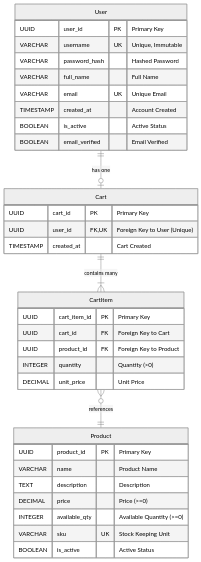
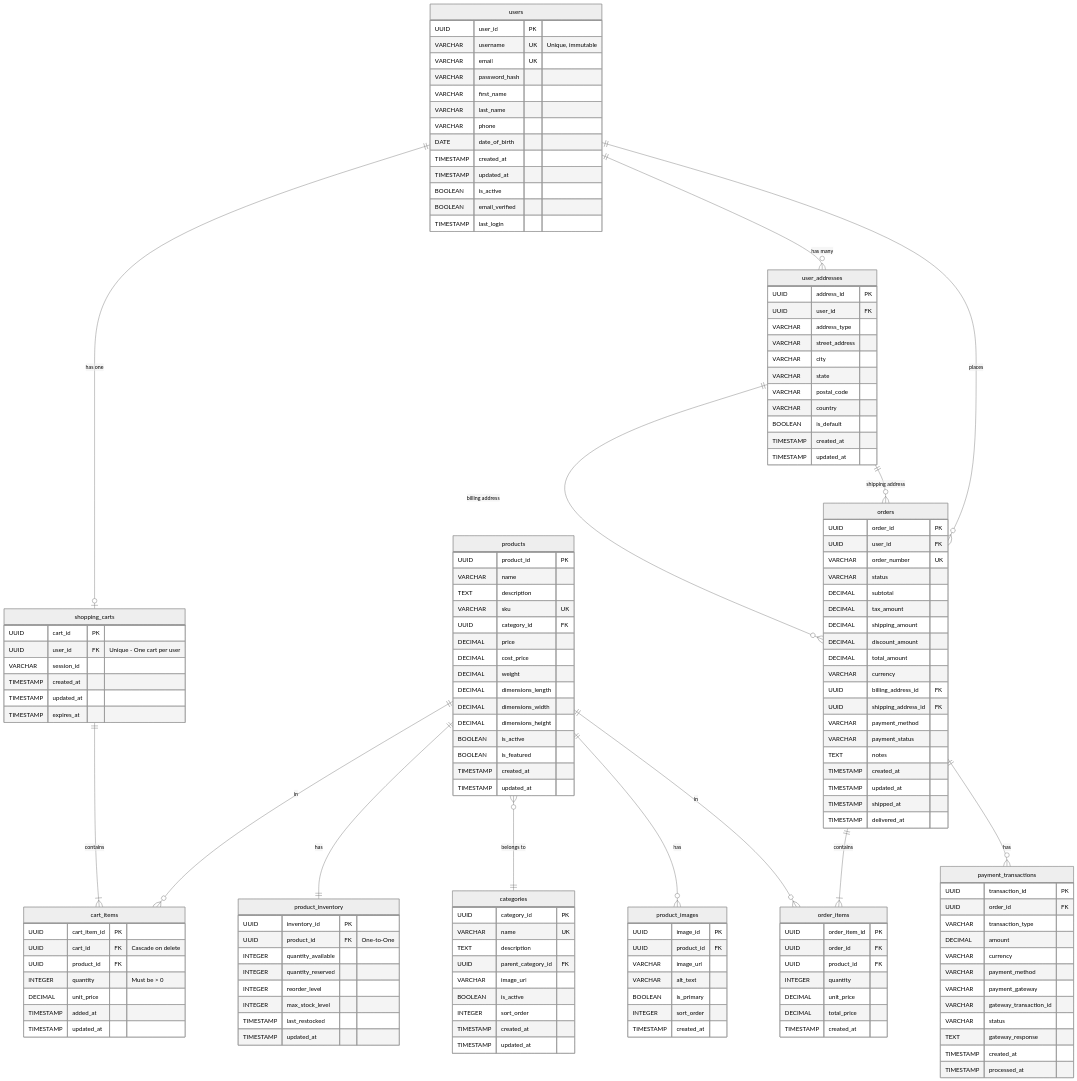
Before and after one commit to NavneetBN47/ecommerce: the diagram in docs/er_diagram.mmd, drawn with Mermaid (neutral theme). The commit also changed other lines of this file and 40 other files, not shown here.

````diff
--- a/docs/er_diagram.mmd
+++ b/docs/er_diagram.mmd
@@ -1,41 +1,163 @@
 ```mermaid
 erDiagram
-    User ||--o| Cart : "has one"
-    Cart ||--|{ CartItem : "contains many"
-    CartItem }o--|| Product : "references"
-    
-    User {
-        UUID user_id PK "Primary Key"
-        VARCHAR username UK "Unique, Immutable"
-        VARCHAR password_hash "Hashed Password"
-        VARCHAR full_name "Full Name"
-        VARCHAR email UK "Unique Email"
-        TIMESTAMP created_at "Account Created"
-        BOOLEAN is_active "Active Status"
-        BOOLEAN email_verified "Email Verified"
+    users ||--o| shopping_carts : "has one"
+    users ||--o{ user_addresses : "has many"
+    shopping_carts ||--|{ cart_items : "contains"
+    products ||--o{ cart_items : "in"
+    products ||--|| product_inventory : "has"
+    products }o--|| categories : "belongs to"
+    products ||--o{ product_images : "has"
+    users ||--o{ orders : "places"
+    orders ||--|{ order_items : "contains"
+    products ||--o{ order_items : "in"
+    orders ||--o{ payment_transactions : "has"
+    user_addresses ||--o{ orders : "billing address"
+    user_addresses ||--o{ orders : "shipping address"
+
+    users {
+        UUID user_id PK
+        VARCHAR username UK "Unique, immutable"
+        VARCHAR email UK
+        VARCHAR password_hash
+        VARCHAR first_name
+        VARCHAR last_name
+        VARCHAR phone
+        DATE date_of_birth
+        TIMESTAMP created_at
+        TIMESTAMP updated_at
+        BOOLEAN is_active
+        BOOLEAN email_verified
+        TIMESTAMP last_login
     }
-    
-    Product {
-        UUID product_id PK "Primary Key"
-        VARCHAR name "Product Name"
-        TEXT description "Description"
-        DECIMAL price "Price (>=0)"
-        INTEGER available_qty "Available Quantity (>=0)"
-        VARCHAR sku UK "Stock Keeping Unit"
-        BOOLEAN is_active "Active Status"
+
+    user_addresses {
+        UUID address_id PK
+        UUID user_id FK
+        VARCHAR address_type
+        VARCHAR street_address
+        VARCHAR city
+        VARCHAR state
+        VARCHAR postal_code
+        VARCHAR country
+        BOOLEAN is_default
+        TIMESTAMP created_at
+        TIMESTAMP updated_at
     }
-    
-    Cart {
-        UUID cart_id PK "Primary Key"
-        UUID user_id FK,UK "Foreign Key to User (Unique)"
-        TIMESTAMP created_at "Cart Created"
+
+    categories {
+        UUID category_id PK
+        VARCHAR name UK
+        TEXT description
+        UUID parent_category_id FK
+        VARCHAR image_url
+        BOOLEAN is_active
+        INTEGER sort_order
+        TIMESTAMP created_at
+        TIMESTAMP updated_at
     }
-    
-    CartItem {
-        UUID cart_item_id PK "Primary Key"
-        UUID cart_id FK "Foreign Key to Cart"
-        UUID product_id FK "Foreign Key to Product"
-        INTEGER quantity "Quantity (>0)"
-        DECIMAL unit_price "Unit Price"
+
+    products {
+        UUID product_id PK
+        VARCHAR name
+        TEXT description
+        VARCHAR sku UK
+        UUID category_id FK
+        DECIMAL price
+        DECIMAL cost_price
+        DECIMAL weight
+        DECIMAL dimensions_length
+        DECIMAL dimensions_width
+        DECIMAL dimensions_height
+        BOOLEAN is_active
+        BOOLEAN is_featured
+        TIMESTAMP created_at
+        TIMESTAMP updated_at
+    }
+
+    product_inventory {
+        UUID inventory_id PK
+        UUID product_id FK "One-to-One"
+        INTEGER quantity_available
+        INTEGER quantity_reserved
+        INTEGER reorder_level
+        INTEGER max_stock_level
+        TIMESTAMP last_restocked
+        TIMESTAMP updated_at
+    }
+
+    product_images {
+        UUID image_id PK
+        UUID product_id FK
+        VARCHAR image_url
+        VARCHAR alt_text
+        BOOLEAN is_primary
+        INTEGER sort_order
+        TIMESTAMP created_at
+    }
+
+    shopping_carts {
+        UUID cart_id PK
+        UUID user_id FK "Unique - One cart per user"
+        VARCHAR session_id
+        TIMESTAMP created_at
+        TIMESTAMP updated_at
+        TIMESTAMP expires_at
+    }
+
+    cart_items {
+        UUID cart_item_id PK
+        UUID cart_id FK "Cascade on delete"
+        UUID product_id FK
+        INTEGER quantity "Must be > 0"
+        DECIMAL unit_price
+        TIMESTAMP added_at
+        TIMESTAMP updated_at
+    }
+
+    orders {
+        UUID order_id PK
+        UUID user_id FK
+        VARCHAR order_number UK
+        VARCHAR status
+        DECIMAL subtotal
+        DECIMAL tax_amount
+        DECIMAL shipping_amount
+        DECIMAL discount_amount
+        DECIMAL total_amount
+        VARCHAR currency
+        UUID billing_address_id FK
+        UUID shipping_address_id FK
+        VARCHAR payment_method
+        VARCHAR payment_status
+        TEXT notes
+        TIMESTAMP created_at
+        TIMESTAMP updated_at
+        TIMESTAMP shipped_at
+        TIMESTAMP delivered_at
+    }
+
+    order_items {
+        UUID order_item_id PK
+        UUID order_id FK
+        UUID product_id FK
+        INTEGER quantity
+        DECIMAL unit_price
+        DECIMAL total_price
+        TIMESTAMP created_at
+    }
+
+    payment_transactions {
+        UUID transaction_id PK
+        UUID order_id FK
+        VARCHAR transaction_type
+        DECIMAL amount
+        VARCHAR currency
+        VARCHAR payment_method
+        VARCHAR payment_gateway
+        VARCHAR gateway_transaction_id
+        VARCHAR status
+        TEXT gateway_response
+        TIMESTAMP created_at
+        TIMESTAMP processed_at
     }
 ```
````
